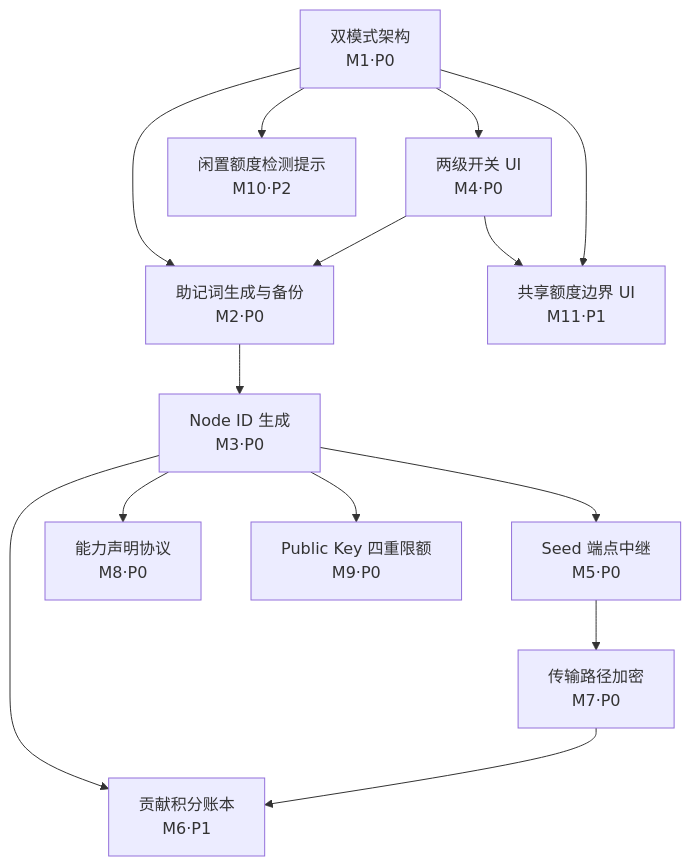
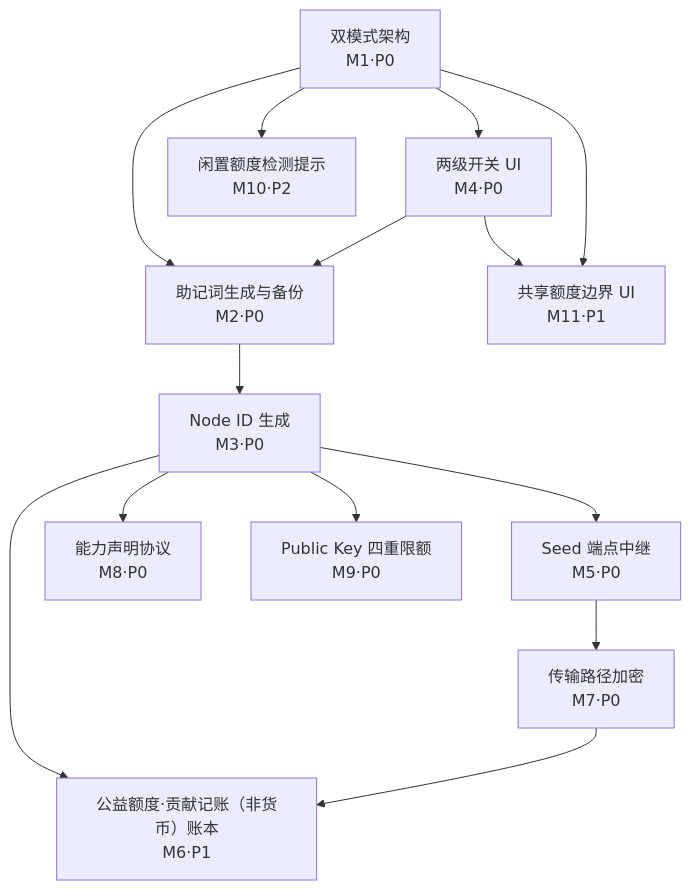
The diagram in docs/reference/PRD-phase1.md (lisiyu/openmodelpool), drawn with Mermaid before and after one commit. The commit also changed other lines of this file and 2 other files, not shown here.

````diff
--- a/docs/reference/PRD-phase1.md
+++ b/docs/reference/PRD-phase1.md
@@ -193,16 +193,16 @@
 ```mermaid
 graph TD
     M1[双模式架构<br/>M1·P0] --> M4[两级开关 UI<br/>M4·P0]
     M1 --> M2[助记词生成与备份<br/>M2·P0]
     M4 --> M2
     M2 --> M3[Node ID 生成<br/>M3·P0]
     M3 --> M5[Seed 端点中继<br/>M5·P0]
     M3 --> M8[能力声明协议<br/>M8·P0]
-    M3 --> M6[贡献积分账本<br/>M6·P1]
+    M3 --> M6[公益额度·贡献记账（非货币）账本<br/>M6·P1]
     M3 --> M9[Public Key 四重限额<br/>M9·P0]
     M5 --> M7[传输路径加密<br/>M7·P0]
     M7 --> M6
     M4 --> M11[共享额度边界 UI<br/>M11·P1]
     M1 --> M11
     M1 --> M10[闲置额度检测提示<br/>M10·P2]
 ```
````
